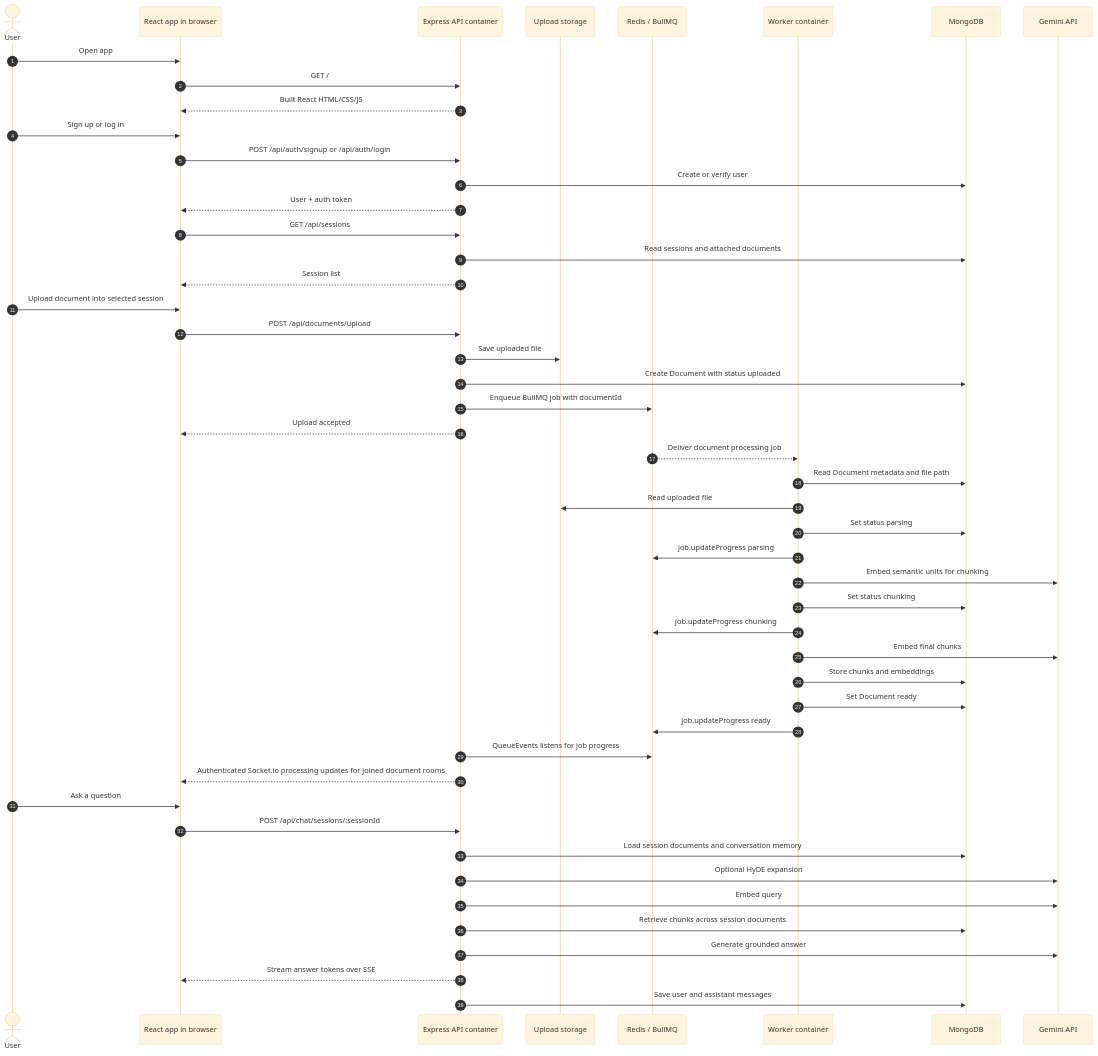
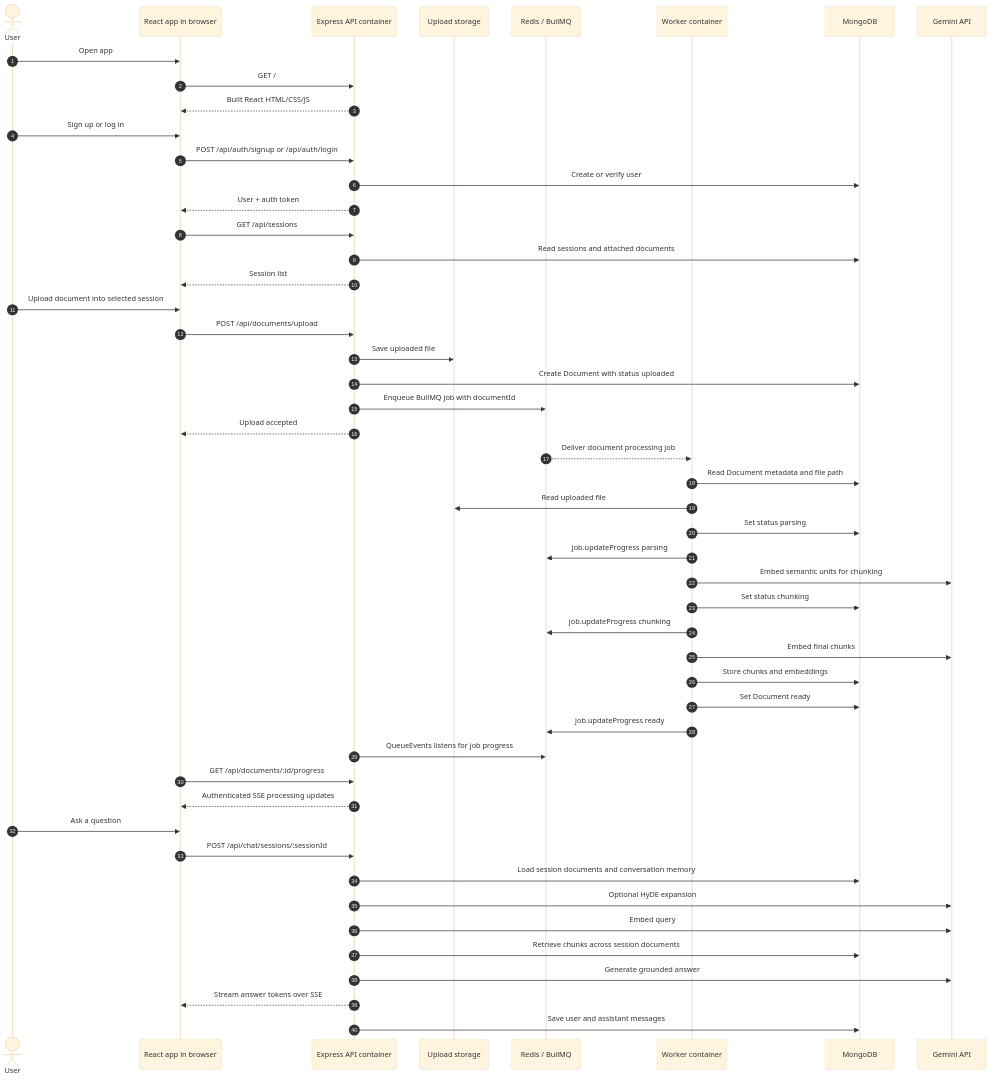
One commit to parihar-harsh/RAG-based-doc-scanner changed the second of 2 diagrams in README.md. Above: the diagram before and after it, drawn with Mermaid (base theme). The commit also changed other lines of this file and 19 other files, not shown here.

Commit message:
Use SSE for document progress updates

````diff
--- a/README.md
+++ b/README.md
@@ -119,58 +118,59 @@
 ```mermaid
 sequenceDiagram
   autonumber
   actor User
   participant Browser as React app in browser
   participant API as Express API container
   participant Uploads as Upload storage
   participant Redis as Redis / BullMQ
   participant Worker as Worker container
   participant Mongo as MongoDB
   participant Gemini as Gemini API
 
   User->>Browser: Open app
   Browser->>API: GET /
   API-->>Browser: Built React HTML/CSS/JS
 
   User->>Browser: Sign up or log in
   Browser->>API: POST /api/auth/signup or /api/auth/login
   API->>Mongo: Create or verify user
   API-->>Browser: User + auth token
 
   Browser->>API: GET /api/sessions
   API->>Mongo: Read sessions and attached documents
   API-->>Browser: Session list
 
   User->>Browser: Upload document into selected session
   Browser->>API: POST /api/documents/upload
   API->>Uploads: Save uploaded file
   API->>Mongo: Create Document with status uploaded
   API->>Redis: Enqueue BullMQ job with documentId
   API-->>Browser: Upload accepted
 
   Redis-->>Worker: Deliver document processing job
   Worker->>Mongo: Read Document metadata and file path
   Worker->>Uploads: Read uploaded file
   Worker->>Mongo: Set status parsing
   Worker->>Redis: job.updateProgress parsing
   Worker->>Gemini: Embed semantic units for chunking
   Worker->>Mongo: Set status chunking
   Worker->>Redis: job.updateProgress chunking
   Worker->>Gemini: Embed final chunks
   Worker->>Mongo: Store chunks and embeddings
   Worker->>Mongo: Set Document ready
   Worker->>Redis: job.updateProgress ready
 
   API->>Redis: QueueEvents listens for job progress
-  API-->>Browser: Authenticated Socket.io processing updates for joined document rooms
+  Browser->>API: GET /api/documents/:id/progress
+  API-->>Browser: Authenticated SSE processing updates
 
   User->>Browser: Ask a question
   Browser->>API: POST /api/chat/sessions/:sessionId
   API->>Mongo: Load session documents and conversation memory
   API->>Gemini: Optional HyDE expansion
   API->>Gemini: Embed query
   API->>Mongo: Retrieve chunks across session documents
   API->>Gemini: Generate grounded answer
   API-->>Browser: Stream answer tokens over SSE
   API->>Mongo: Save user and assistant messages
 ```
````
